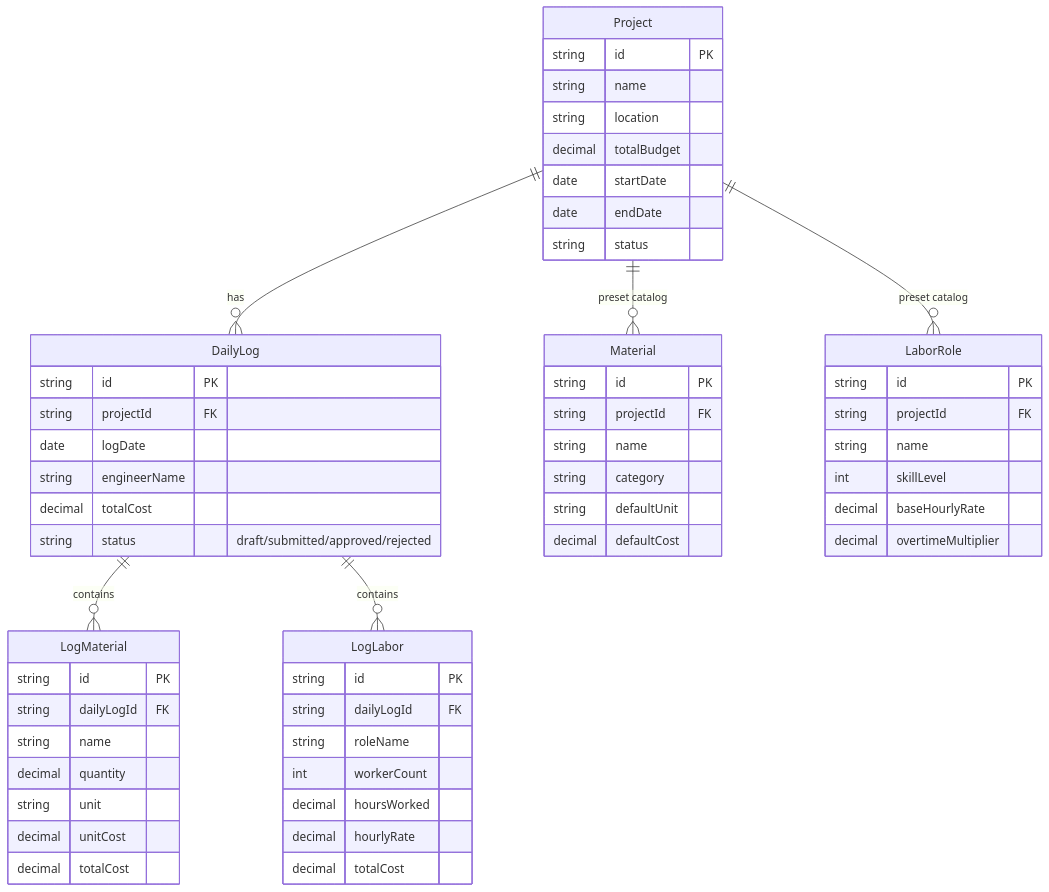
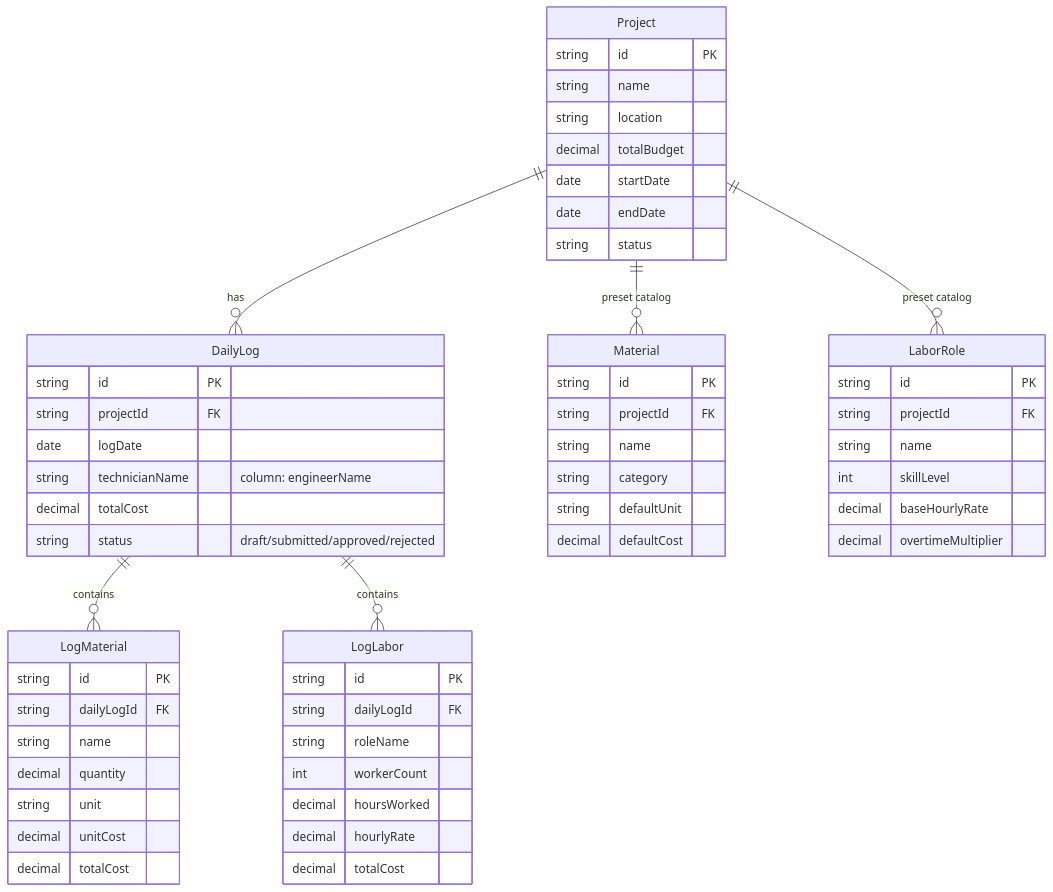
The fourth of 4 diagrams in docs/ARCHITECTURE.md (erharizi1/sitetrack-adstar), drawn with Mermaid before and after one commit. The commit also changed other lines of this file and 13 other files, not shown here.

First line of the commit message:
refactor: rename roles to Owner / Engineer / Technician

````diff
--- a/docs/ARCHITECTURE.md
+++ b/docs/ARCHITECTURE.md
@@ -111,60 +111,60 @@
 ```mermaid
 erDiagram
     Project    ||--o{ DailyLog    : has
     Project    ||--o{ Material    : "preset catalog"
     Project    ||--o{ LaborRole   : "preset catalog"
     DailyLog   ||--o{ LogMaterial : contains
     DailyLog   ||--o{ LogLabor    : contains
  
     Project {
         string  id PK
         string  name
         string  location
         decimal totalBudget
         date    startDate
         date    endDate
         string  status
     }
     DailyLog {
         string  id PK
         string  projectId FK
         date    logDate
-        string  engineerName
+        string  technicianName "column: engineerName"
         decimal totalCost
         string  status "draft/submitted/approved/rejected"
     }
     LogMaterial {
         string  id PK
         string  dailyLogId FK
         string  name
         decimal quantity
         string  unit
         decimal unitCost
         decimal totalCost
     }
     LogLabor {
         string  id PK
         string  dailyLogId FK
         string  roleName
         int     workerCount
         decimal hoursWorked
         decimal hourlyRate
         decimal totalCost
     }
     Material {
         string  id PK
         string  projectId FK
         string  name
         string  category
         string  defaultUnit
         decimal defaultCost
     }
     LaborRole {
         string  id PK
         string  projectId FK
         string  name
         int     skillLevel
         decimal baseHourlyRate
         decimal overtimeMultiplier
     }
 ```
````
